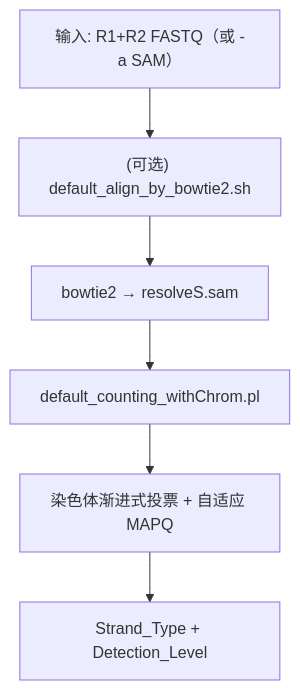
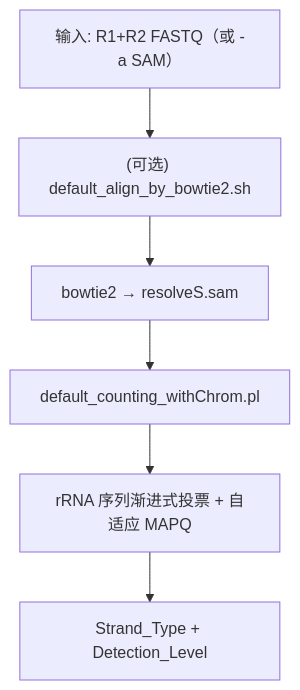
Before and after one commit to yudalang3/resolveS: the first of 4 diagrams in README_zh.md, drawn with Mermaid. The commit also changed other lines of this file and 7 other files, not shown here.

Commit message:
refactor: migrate detection logic from chromosome-based to rRNA-sequence-based, update adaptive MAPQ thresholds to 1, and add supporting scripts.

````diff
--- a/README_zh.md
+++ b/README_zh.md
@@ -205,8 +205,8 @@
 ```mermaid
 flowchart TD
     A["输入: R1+R2 FASTQ（或 -a SAM）"] --> B["(可选) default_align_by_bowtie2.sh"]
     B --> C["bowtie2 → resolveS.sam"]
     C --> D["default_counting_withChrom.pl"]
-    D --> E["染色体渐进式投票 + 自适应 MAPQ"]
+    D --> E["rRNA 序列渐进式投票 + 自适应 MAPQ"]
     E --> F["Strand_Type + Detection_Level"]
 ```
````
